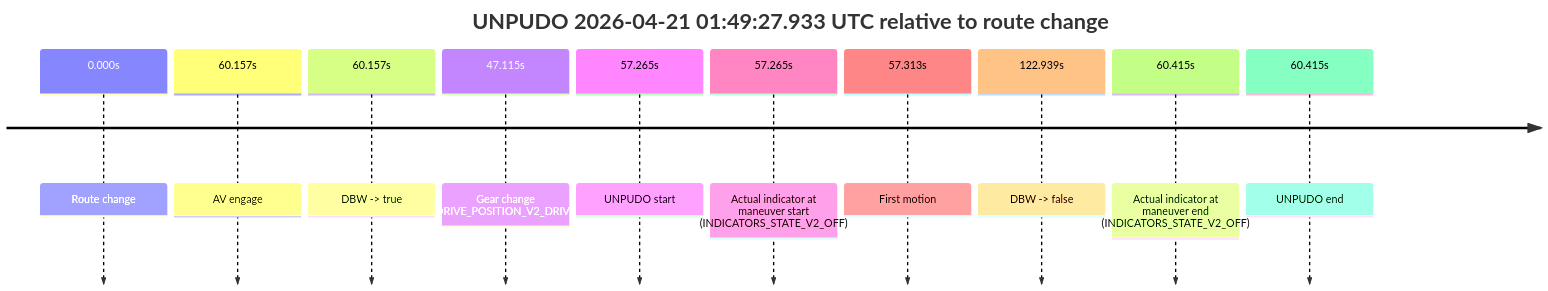
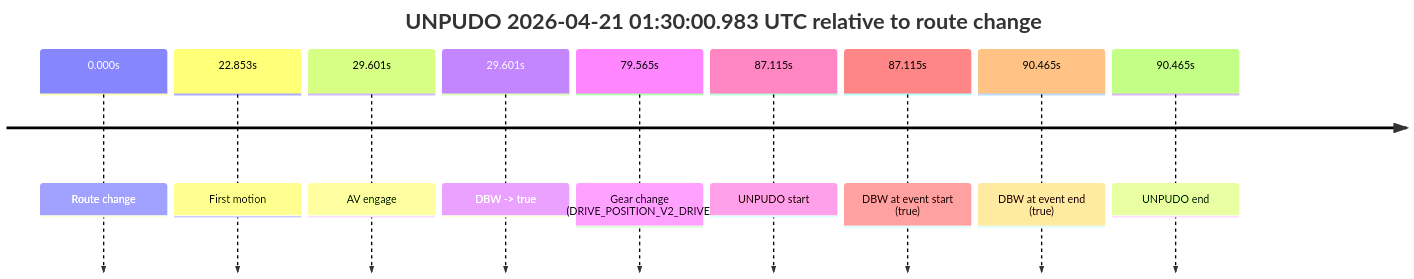
One commit to yoelshapiro/vault changed the second of 2 diagrams in model_analysis/report_cards/2026/04/Week-4/fme10010--2026-04-21--01-22-49--gen2-av-4cb0b774-706b-4a17-bd8c-14fe34e38f51.md. Above: the diagram before and after it, drawn with Mermaid. The commit also changed other lines of this file and 1 other file, not shown here.

````diff
--- a/model_analysis/report_cards/2026/04/Week-4/fme10010--2026-04-21--01-22-49--gen2-av-4cb0b774-706b-4a17-bd8c-14fe34e38f51.md
+++ b/model_analysis/report_cards/2026/04/Week-4/fme10010--2026-04-21--01-22-49--gen2-av-4cb0b774-706b-4a17-bd8c-14fe34e38f51.md
@@ -301,14 +131,13 @@
 ```mermaid
 timeline
-    title UNPUDO 2026-04-21 01:49:27.933 UTC relative to route change
+    title UNPUDO 2026-04-21 01:30:00.983 UTC relative to route change
     0.000s : Route change
-    60.157s : AV engage
-    60.157s : DBW -> true
-    47.115s : Gear change (DRIVE_POSITION_V2_DRIVE)
-    57.265s : UNPUDO start
-    57.265s : Actual indicator at maneuver start (INDICATORS_STATE_V2_OFF)
-    57.313s : First motion
-    122.939s : DBW -> false
-    60.415s : Actual indicator at maneuver end (INDICATORS_STATE_V2_OFF)
-    60.415s : UNPUDO end
+    22.853s : First motion
+    29.601s : AV engage
+    29.601s : DBW -> true
+    79.565s : Gear change (DRIVE_POSITION_V2_DRIVE)
+    87.115s : UNPUDO start
+    87.115s : DBW at event start (true)
+    90.465s : DBW at event end (true)
+    90.465s : UNPUDO end
 ```
````
